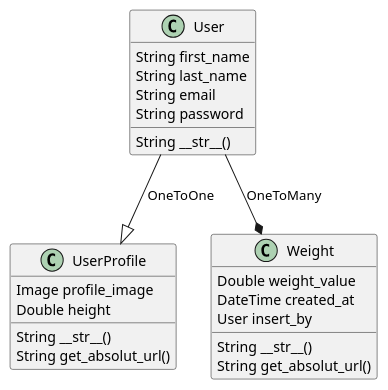
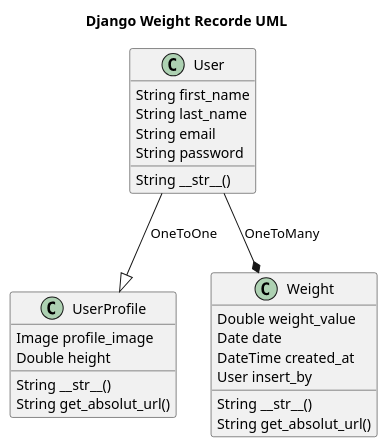
The diagram in uml/uml.wsd (CleysonPH/django-weight-recorde), drawn with PlantUML before and after one commit. The commit also changed 4 other files, not shown here.

Commit message:
Update the UML diagram

```diff
--- a/uml/uml.wsd
+++ b/uml/uml.wsd
@@ -1,32 +1,35 @@
 @startuml Django Weight Recorde
+
+title Django Weight Recorde UML
 
 User --|> UserProfile : OneToOne
 User --*  Weight : OneToMany
 
 class Weight {
     Double weight_value
+    Date date
     DateTime created_at
     User insert_by
 
     String __str__()
     String get_absolut_url()
 }
 
 class User {
     String first_name
     String last_name
     String email
     String password
 
     String __str__()
 }
 
 class UserProfile {
     Image profile_image
     Double height
 
     String __str__()
     String get_absolut_url()
 }
 
 @enduml
```
